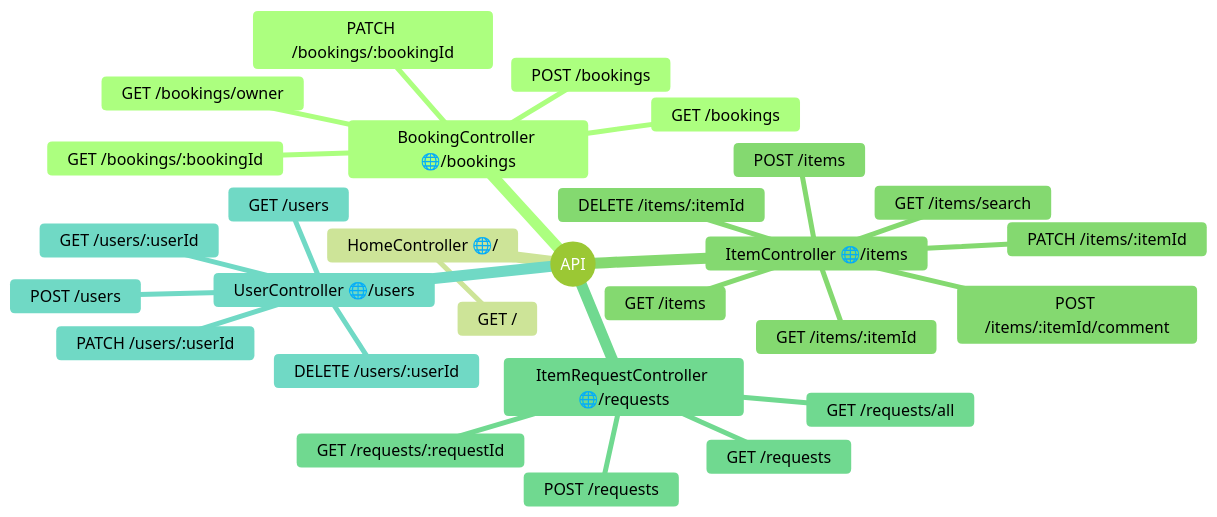
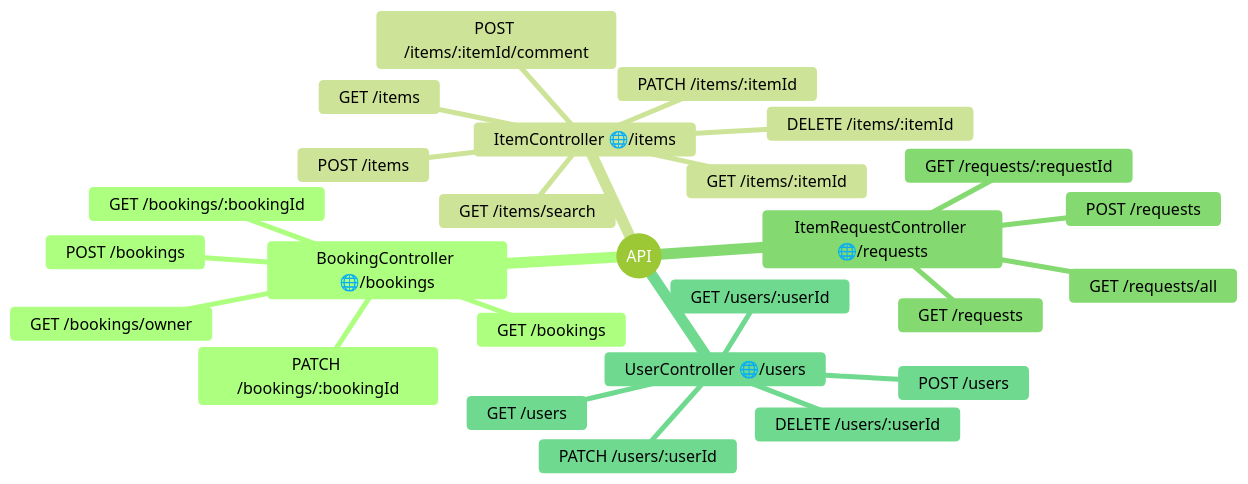
Before and after one commit to AleksOBM/java-shareit: the diagram in README.md, drawn with Mermaid (forest theme).

Commit message:
Доработка README.md

````diff
--- a/README.md
+++ b/README.md
@@ -33,31 +33,29 @@
 ```mermaid
 mindmap
   root((API))
     BookingController 🌐/bookings
       GET /bookings/:bookingId
       GET /bookings
       GET /bookings/owner
       PATCH /bookings/:bookingId
       POST /bookings
-    HomeController 🌐/
-      GET /
     ItemController 🌐/items
       GET /items/:itemId
       GET /items
       GET /items/search
       POST /items
       POST /items/:itemId/comment
       PATCH /items/:itemId
       DELETE /items/:itemId
     ItemRequestController 🌐/requests
       GET /requests
       GET /requests/all
       GET /requests/:requestId
       POST /requests
     UserController 🌐/users
       GET /users/:userId
       GET /users
       POST /users
       PATCH /users/:userId
       DELETE /users/:userId
 ```
````
